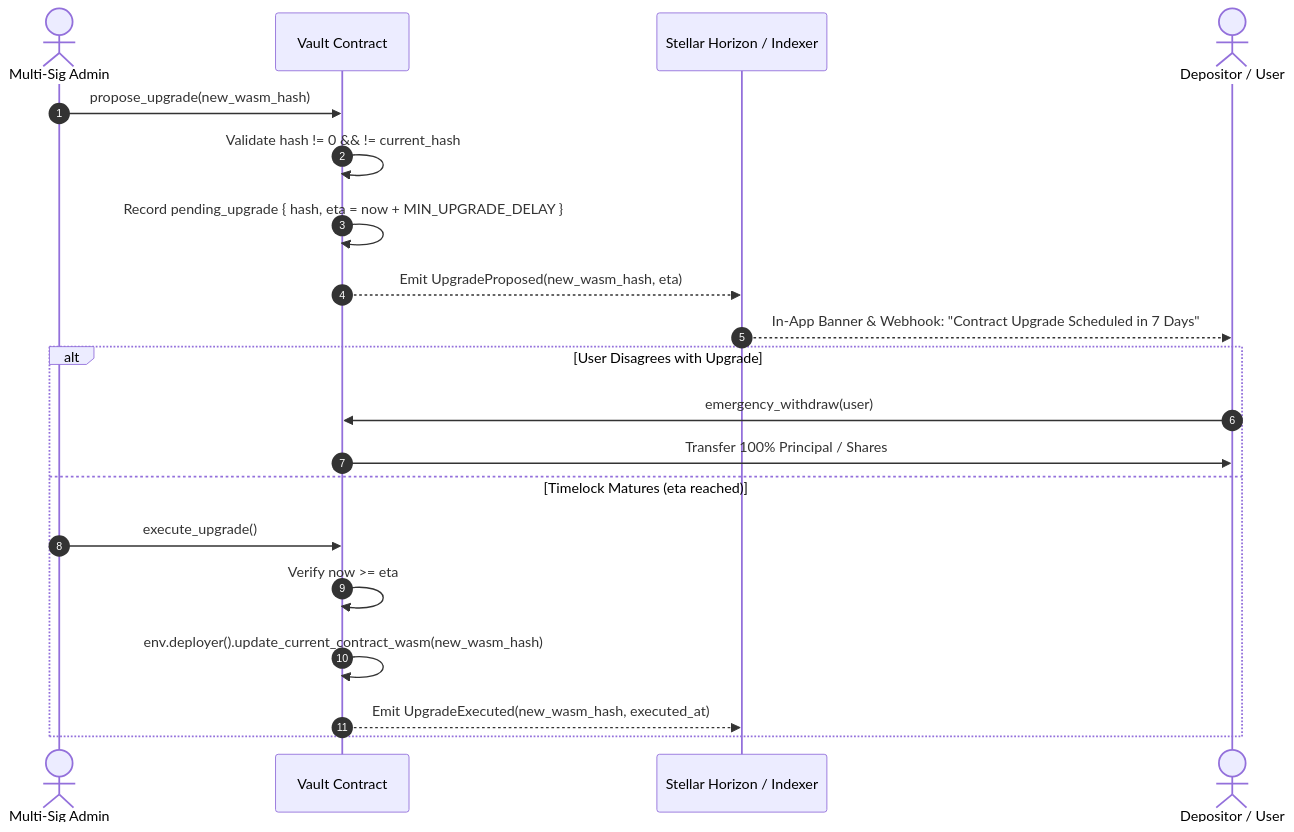
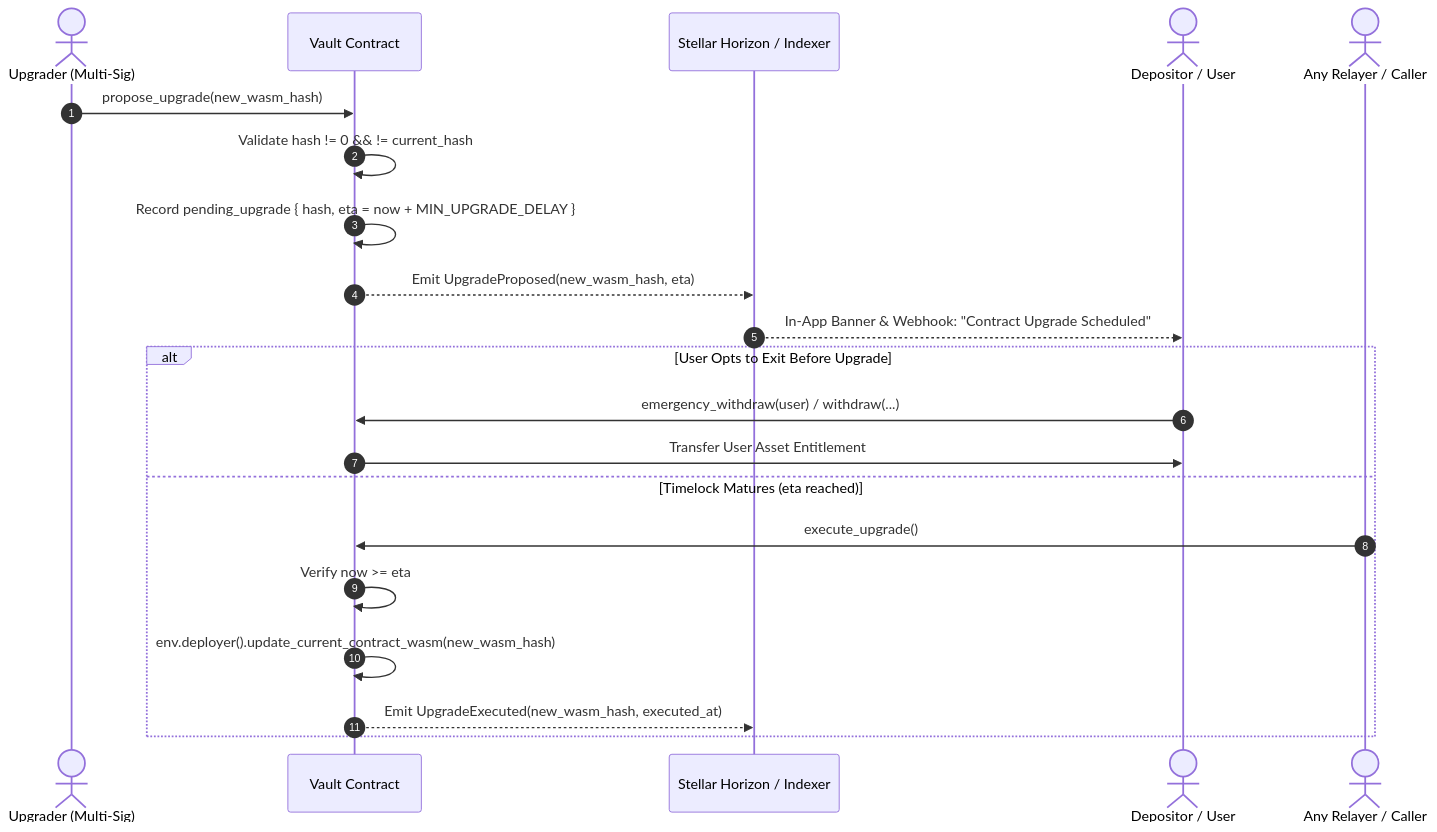
One commit to Suncrest-Labs/nester changed the diagram in packages/contracts/UPGRADE_POSTURE.md. Above: the diagram before and after it, drawn with Mermaid. The commit also changed other lines of this file and 2 other files, not shown here.

Commit message:
fix: resolve ProtocolType in integration tests, verify user2 emergency withdraw, and align upgrade posture docs

````diff
--- a/packages/contracts/UPGRADE_POSTURE.md
+++ b/packages/contracts/UPGRADE_POSTURE.md
@@ -38,24 +40,25 @@
 ```mermaid
 sequenceDiagram
     autonumber
-    actor Admin as Multi-Sig Admin
+    actor Upgrader as Upgrader (Multi-Sig)
     participant Vault as Vault Contract
     participant Events as Stellar Horizon / Indexer
     actor User as Depositor / User
+    actor Relayer as Any Relayer / Caller
     
-    Admin->>Vault: propose_upgrade(new_wasm_hash)
+    Upgrader->>Vault: propose_upgrade(new_wasm_hash)
     Vault->>Vault: Validate hash != 0 && != current_hash
     Vault->>Vault: Record pending_upgrade { hash, eta = now + MIN_UPGRADE_DELAY }
     Vault-->>Events: Emit UpgradeProposed(new_wasm_hash, eta)
-    Events-->>User: In-App Banner & Webhook: "Contract Upgrade Scheduled in 7 Days"
+    Events-->>User: In-App Banner & Webhook: "Contract Upgrade Scheduled"
     
-    alt User Disagrees with Upgrade
-        User->>Vault: emergency_withdraw(user)
-        Vault->>User: Transfer 100% Principal / Shares
+    alt User Opts to Exit Before Upgrade
+        User->>Vault: emergency_withdraw(user) / withdraw(...)
+        Vault->>User: Transfer User Asset Entitlement
     else Timelock Matures (eta reached)
-        Admin->>Vault: execute_upgrade()
+        Relayer->>Vault: execute_upgrade()
         Vault->>Vault: Verify now >= eta
         Vault->>Vault: env.deployer().update_current_contract_wasm(new_wasm_hash)
         Vault-->>Events: Emit UpgradeExecuted(new_wasm_hash, executed_at)
     end
 ```
````
